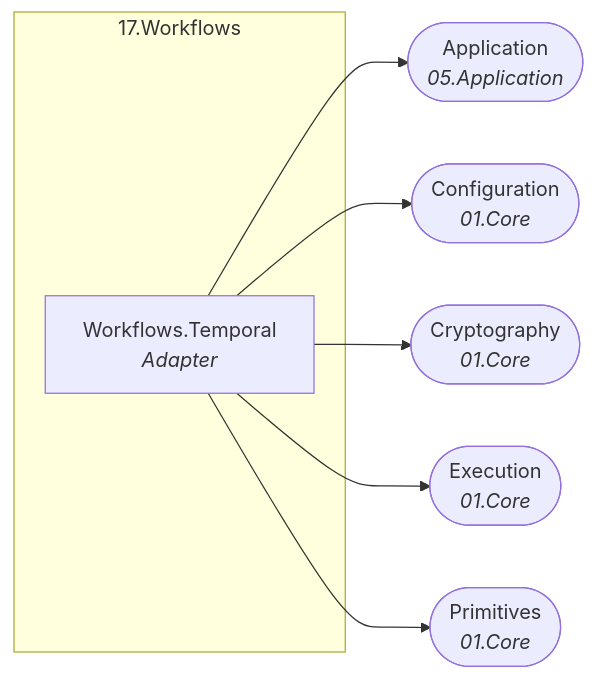
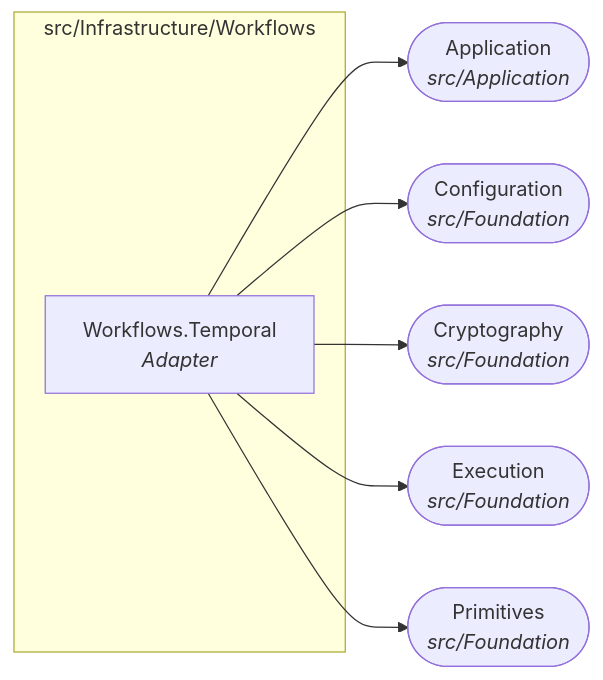
Before and after one commit to Gresta-Vertex-Labs/platform-shared-kernel: diagram 18 of 22 in docs/dependency-graph.md, drawn with Mermaid. The commit also changed other lines of this file and 4053 other files, not shown here.

````diff
--- a/docs/dependency-graph.md
+++ b/docs/dependency-graph.md
@@ -654,16 +579,16 @@
 ```mermaid
 flowchart LR
-  subgraph folder_17_Workflows["17.Workflows"]
+  subgraph folder_src_Infrastructure_Workflows["src/Infrastructure/Workflows"]
     SharedKernel_Workflows_Temporal["Workflows.Temporal<br/><i>Adapter</i>"]
   end
-  SharedKernel_Application(["Application<br/><i>05.Application</i>"])
-  SharedKernel_Configuration(["Configuration<br/><i>01.Core</i>"])
-  SharedKernel_Cryptography(["Cryptography<br/><i>01.Core</i>"])
-  SharedKernel_Execution(["Execution<br/><i>01.Core</i>"])
-  SharedKernel_Primitives(["Primitives<br/><i>01.Core</i>"])
+  SharedKernel_Application(["Application<br/><i>src/Application</i>"])
+  SharedKernel_Configuration(["Configuration<br/><i>src/Foundation</i>"])
+  SharedKernel_Cryptography(["Cryptography<br/><i>src/Foundation</i>"])
+  SharedKernel_Execution(["Execution<br/><i>src/Foundation</i>"])
+  SharedKernel_Primitives(["Primitives<br/><i>src/Foundation</i>"])
   SharedKernel_Workflows_Temporal --> SharedKernel_Application
   SharedKernel_Workflows_Temporal --> SharedKernel_Configuration
   SharedKernel_Workflows_Temporal --> SharedKernel_Cryptography
   SharedKernel_Workflows_Temporal --> SharedKernel_Execution
   SharedKernel_Workflows_Temporal --> SharedKernel_Primitives
 ```
````
